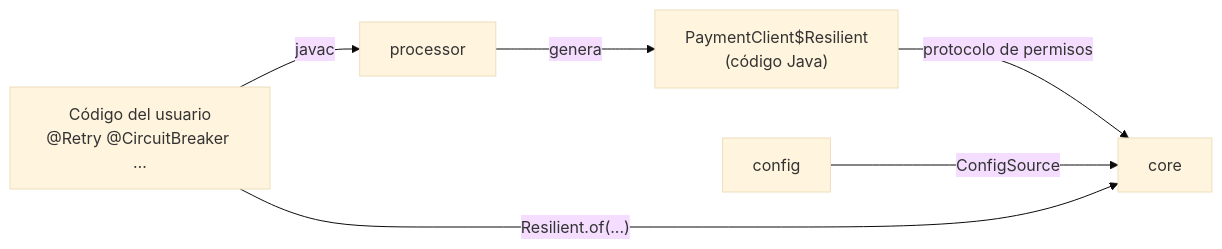
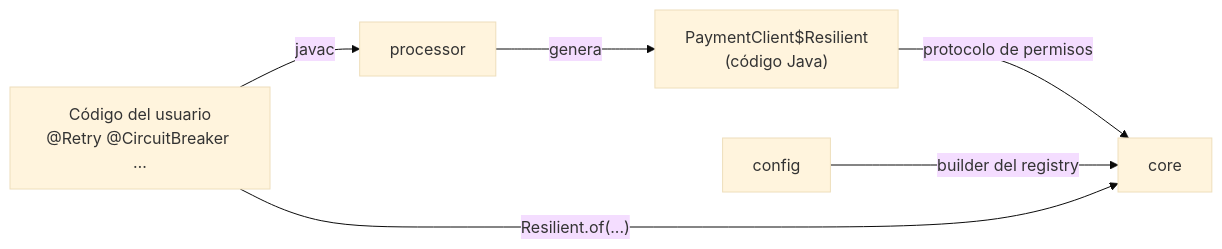
One commit to fabiangftech/resilience4cata changed the first of 2 diagrams in docs/es/architecture.md. Above: the diagram before and after it, drawn with Mermaid (base theme). The commit also changed other lines of this file and 62 other files, not shown here.

````diff
--- a/docs/es/architecture.md
+++ b/docs/es/architecture.md
@@ -7,8 +7,8 @@
 ```mermaid
 graph LR
   user["Código del usuario<br/>@Retry @CircuitBreaker …"] -->|javac| processor
   processor -->|genera| gen["PaymentClient$Resilient<br/>(código Java)"]
   gen -->|protocolo de permisos| core
-  config -->|ConfigSource| core
+  config -->|builder del registry| core
   user -->|"Resilient.of(...)"| core
 ```
````
